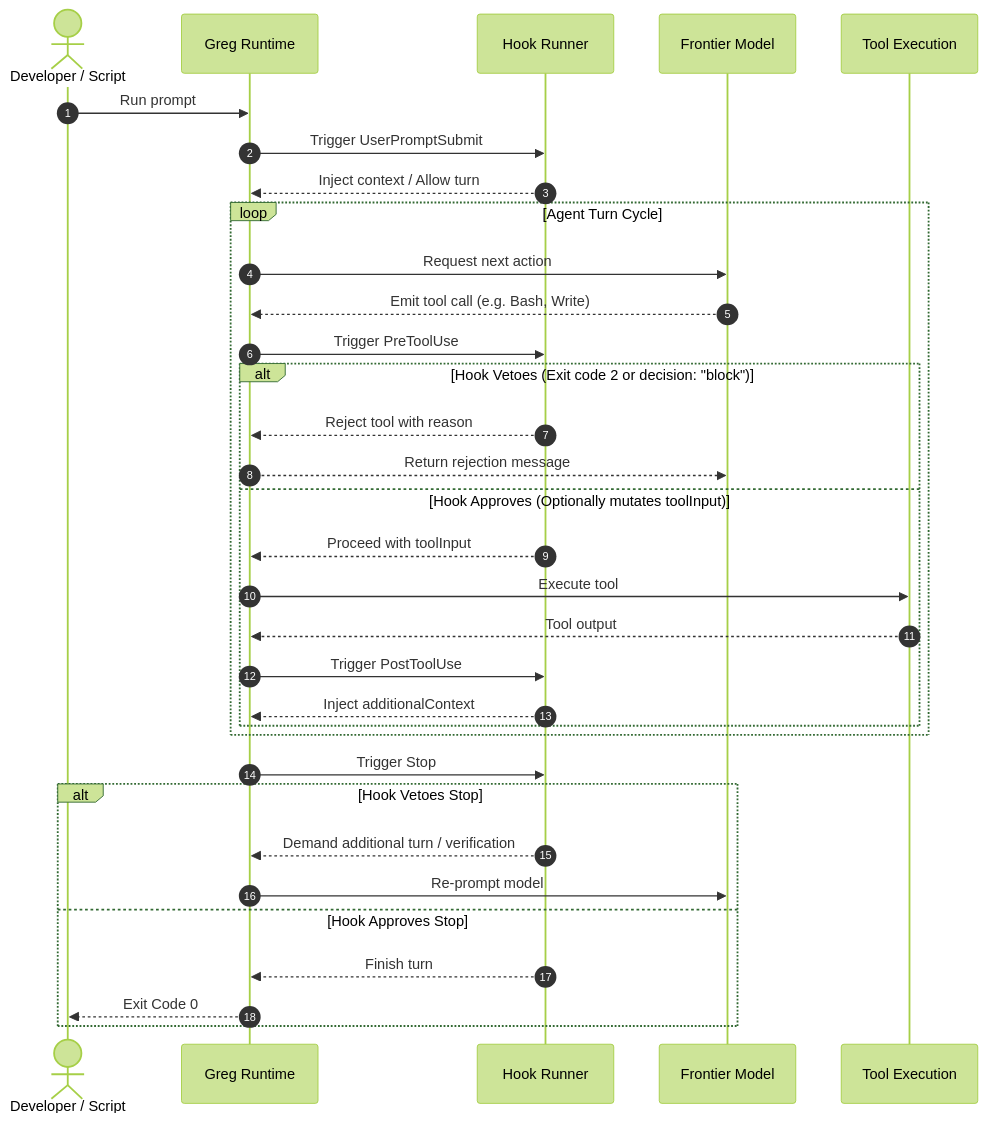
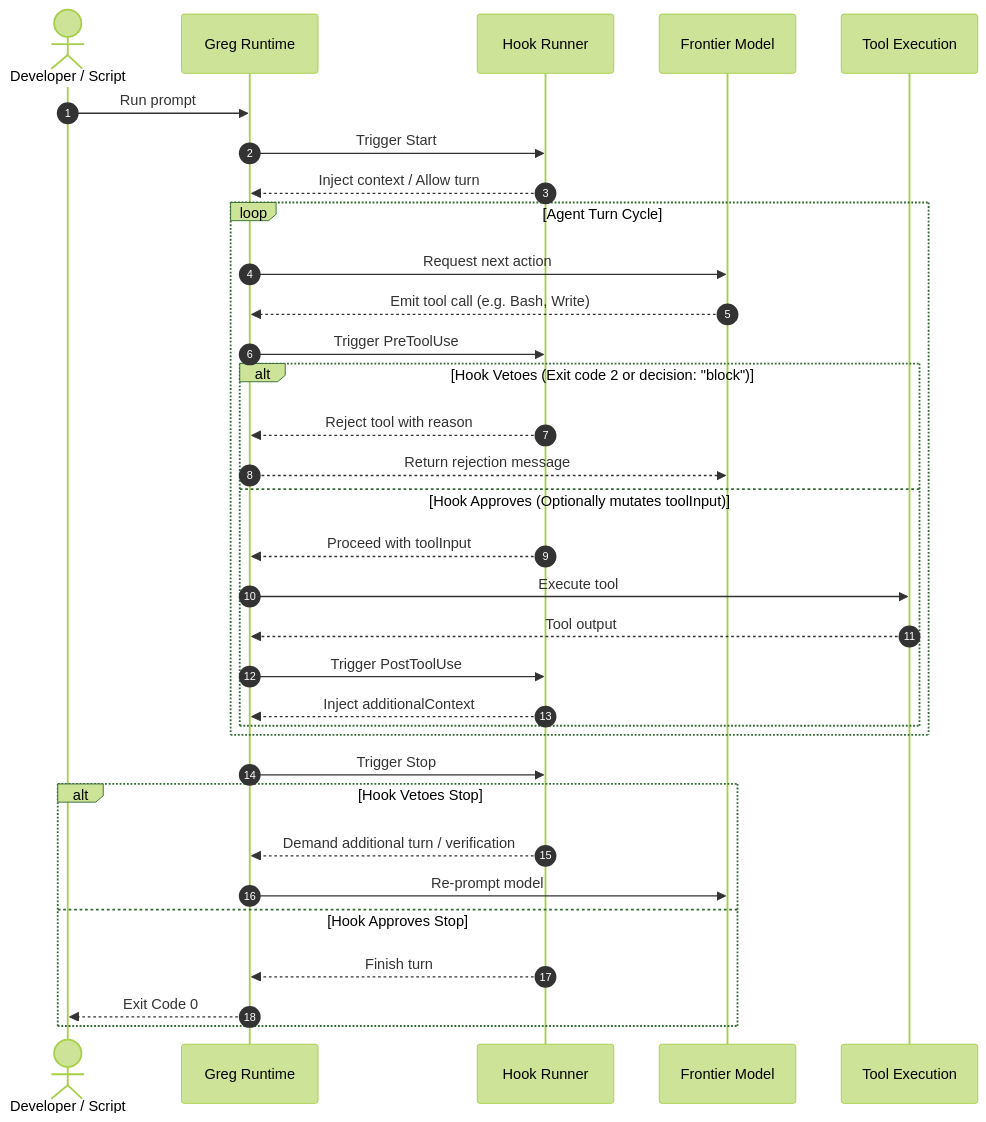
The diagram in docs/hooks.md (amaranthic/greg), drawn with Mermaid (forest theme) before and after one commit. The commit also changed other lines of this file and 5 other files, not shown here.

First line of the commit message:
feat(hooks): replace UserPromptSubmit with Start lifecycle hook and modernize README

````diff
--- a/docs/hooks.md
+++ b/docs/hooks.md
@@ -32,36 +32,36 @@
 ```mermaid
 sequenceDiagram
     autonumber
     actor User as Developer / Script
     participant Engine as Greg Runtime
     participant Hook as Hook Runner
     participant Model as Frontier Model
     participant Tool as Tool Execution
 
     User->>Engine: Run prompt
-    Engine->>Hook: Trigger UserPromptSubmit
+    Engine->>Hook: Trigger Start
     Hook-->>Engine: Inject context / Allow turn
     loop Agent Turn Cycle
         Engine->>Model: Request next action
         Model-->>Engine: Emit tool call (e.g. Bash, Write)
         Engine->>Hook: Trigger PreToolUse
         alt Hook Vetoes (Exit code 2 or decision: "block")
             Hook-->>Engine: Reject tool with reason
             Engine-->>Model: Return rejection message
         else Hook Approves (Optionally mutates toolInput)
             Hook-->>Engine: Proceed with toolInput
             Engine->>Tool: Execute tool
             Tool-->>Engine: Tool output
             Engine->>Hook: Trigger PostToolUse
             Hook-->>Engine: Inject additionalContext
         end
     end
     Engine->>Hook: Trigger Stop
     alt Hook Vetoes Stop
         Hook-->>Engine: Demand additional turn / verification
         Engine->>Model: Re-prompt model
     else Hook Approves Stop
         Hook-->>Engine: Finish turn
         Engine-->>User: Exit Code 0
     end
 ```
````
